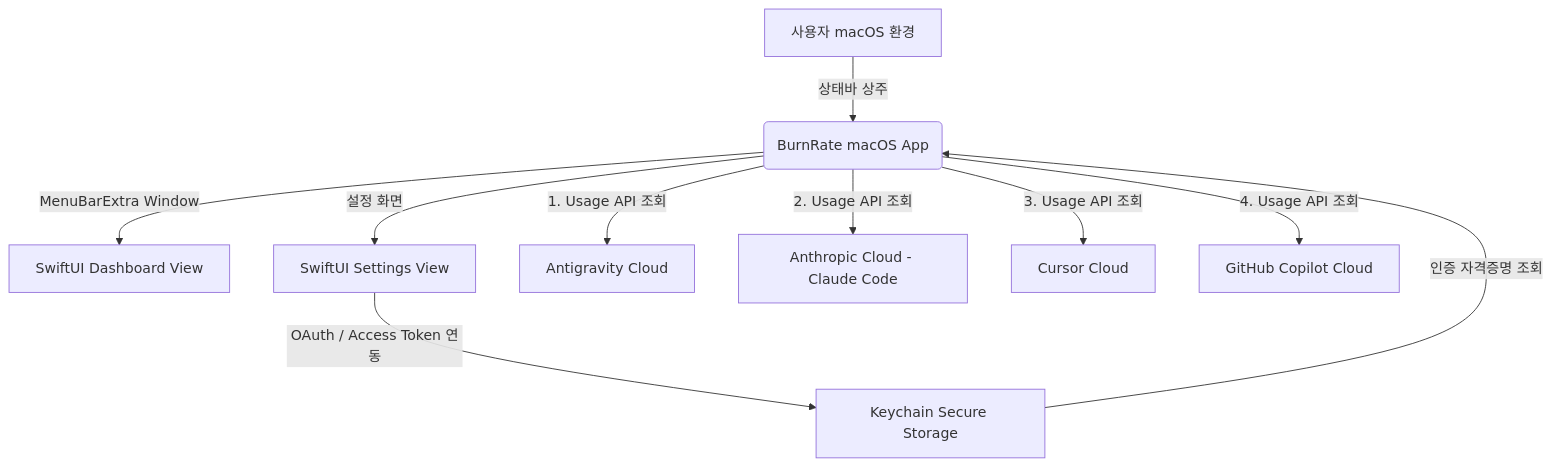
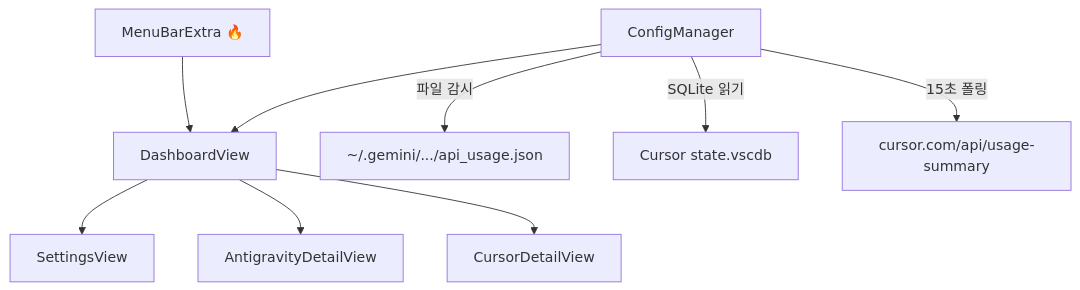
Before and after one commit to kwaneung/burnrate: the diagram in README.md, drawn with Mermaid. The commit also changed other lines of this file and 1 other file, not shown here.

First line of the commit message:
docs: README를 v1.0 구현 기준으로 개편하고 미사용 KeychainHelper 제거

````diff
--- a/README.md
+++ b/README.md
@@ -29,16 +82,13 @@
 ```mermaid
 graph TD
-    A[사용자 macOS 환경] -->|상태바 상주| B(BurnRate macOS App)
-    B -->|MenuBarExtra Window| C[SwiftUI Dashboard View]
-    B -->|설정 화면| D[SwiftUI Settings View]
-    
-    %% 계정 연동 및 API 동기화
-    D -->|OAuth / Access Token 연동| E[Keychain Secure Storage]
-    E -->|인증 자격증명 조회| B
-    
-    %% 외부 에이전트 서버들
-    B -->|1. Usage API 조회| F[Antigravity Cloud]
-    B -->|2. Usage API 조회| G[Anthropic Cloud - Claude Code]
-    B -->|3. Usage API 조회| H[Cursor Cloud]
-    B -->|4. Usage API 조회| I[GitHub Copilot Cloud]
+    A[MenuBarExtra 🔥] --> B[DashboardView]
+    B --> C[SettingsView]
+    B --> D[AntigravityDetailView]
+    B --> E[CursorDetailView]
+
+    F[ConfigManager] --> B
+
+    F -->|파일 감시| G["~/.gemini/.../api_usage.json"]
+    F -->|SQLite 읽기| H["Cursor state.vscdb"]
+    F -->|15초 폴링| I["cursor.com/api/usage-summary"]
 ```
````
